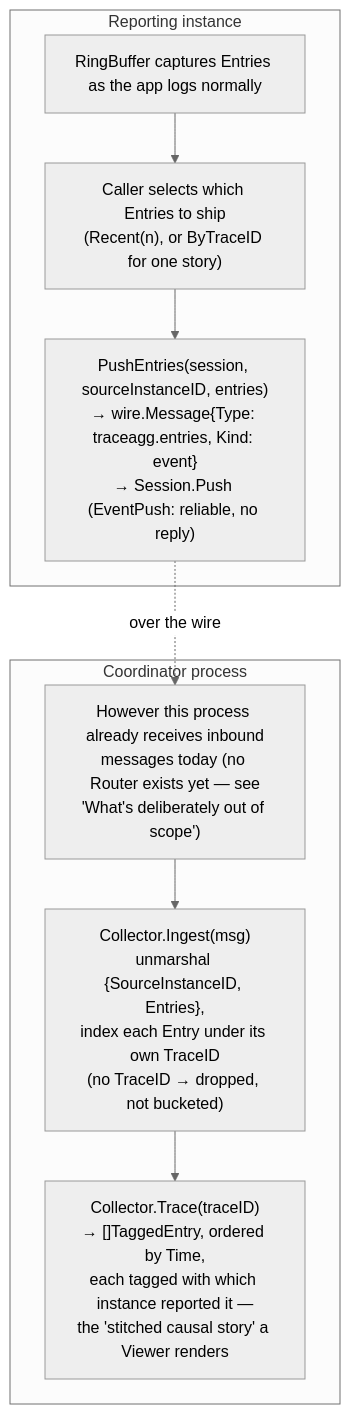
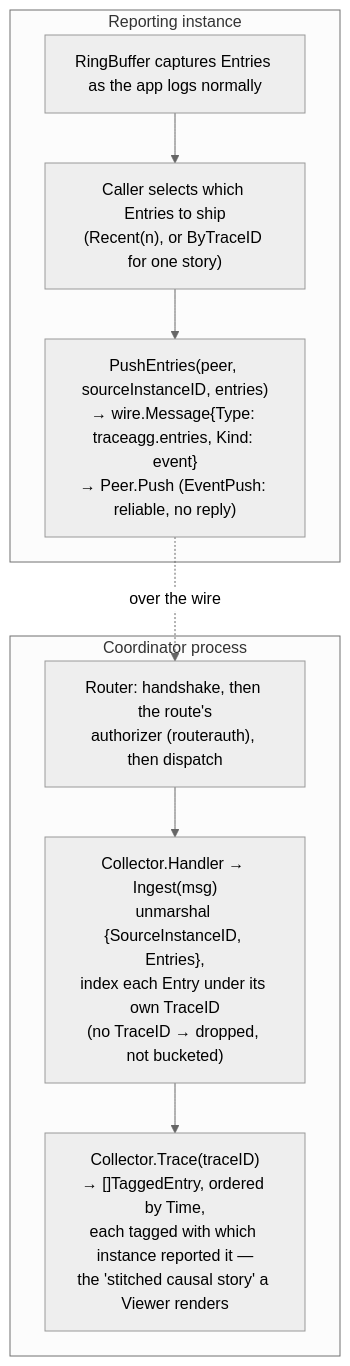
One commit to croge130/archipelago changed the diagram in docs/architecture/16-trace-log-aggregation-model.md. Above: the diagram before and after it, drawn with Mermaid (neutral theme). The commit also changed other lines of this file and 19 other files, not shown here.

````diff
--- a/docs/architecture/16-trace-log-aggregation-model.md
+++ b/docs/architecture/16-trace-log-aggregation-model.md
@@ -172,16 +181,16 @@
 ```mermaid
 flowchart TB
     subgraph REPORTER["Reporting instance"]
         BUF["RingBuffer captures Entries as the app logs normally"]
         SELECT["Caller selects which Entries to ship<br/>(Recent(n), or ByTraceID for one story)"]
-        PUSH["PushEntries(session, sourceInstanceID, entries)<br/>→ wire.Message{Type: traceagg.entries, Kind: event}<br/>→ Session.Push (EventPush: reliable, no reply)"]
+        PUSH["PushEntries(peer, sourceInstanceID, entries)<br/>→ wire.Message{Type: traceagg.entries, Kind: event}<br/>→ Peer.Push (EventPush: reliable, no reply)"]
     end
 
     subgraph COORD["Coordinator process"]
-        RECV["However this process already receives inbound<br/>messages today (no Router exists yet — see<br/>'What's deliberately out of scope')"]
-        INGEST["Collector.Ingest(msg)<br/>unmarshal {SourceInstanceID, Entries},<br/>index each Entry under its own TraceID<br/>(no TraceID → dropped, not bucketed)"]
+        RECV["Router: handshake, then the route's<br/>authorizer (routerauth), then dispatch"]
+        INGEST["Collector.Handler → Ingest(msg)<br/>unmarshal {SourceInstanceID, Entries},<br/>index each Entry under its own TraceID<br/>(no TraceID → dropped, not bucketed)"]
         QUERY["Collector.Trace(traceID)<br/>→ []TaggedEntry, ordered by Time,<br/>each tagged with which instance reported it —<br/>the 'stitched causal story' a Viewer renders"]
     end
 
     BUF --> SELECT --> PUSH -.->|"over the wire"| RECV --> INGEST --> QUERY
 ```
````
